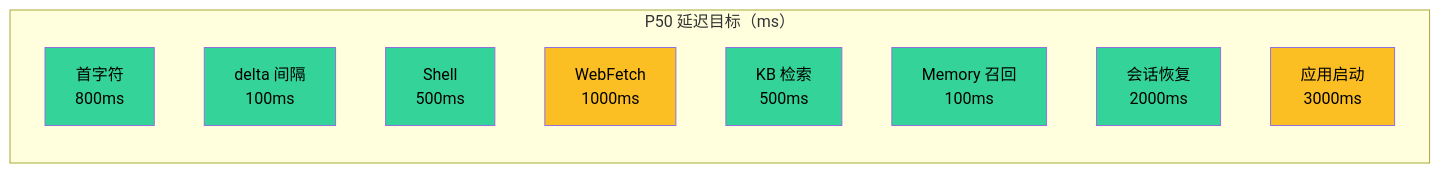
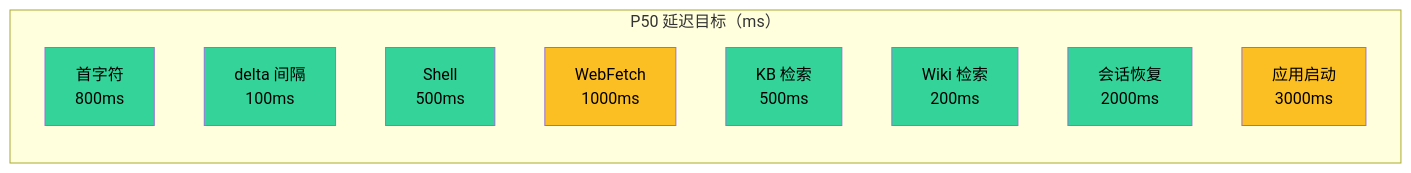
One commit to LanicBlue/zero-core changed the first of 2 diagrams in docs/arch/11-quality-attributes.md. Above: the diagram before and after it, drawn with Mermaid. The commit also changed other lines of this file and 1 other file, not shown here.

First line of the commit message:
docs(11): 修质量属性文档 v0.7 残留(Memory 召回/recovery.ts/trigger/通道计数)

````diff
--- a/docs/arch/11-quality-attributes.md
+++ b/docs/arch/11-quality-attributes.md
@@ -25,16 +27,16 @@
 ```mermaid
 graph LR
     subgraph "P50 延迟目标（ms）"
         L1["首字符<br/>800ms"]:::good
         L2["delta 间隔<br/>100ms"]:::good
         L3["Shell<br/>500ms"]:::good
         L4["WebFetch<br/>1000ms"]:::warn
         L5["KB 检索<br/>500ms"]:::good
-        L6["Memory 召回<br/>100ms"]:::good
+        L6["Wiki 检索<br/>200ms"]:::good
         L7["会话恢复<br/>2000ms"]:::good
         L8["应用启动<br/>3000ms"]:::warn
     end
     classDef good fill:#34d399,color:#000
     classDef warn fill:#fbbf24,color:#000
     classDef bad fill:#f87171,color:#000
 ```
````
